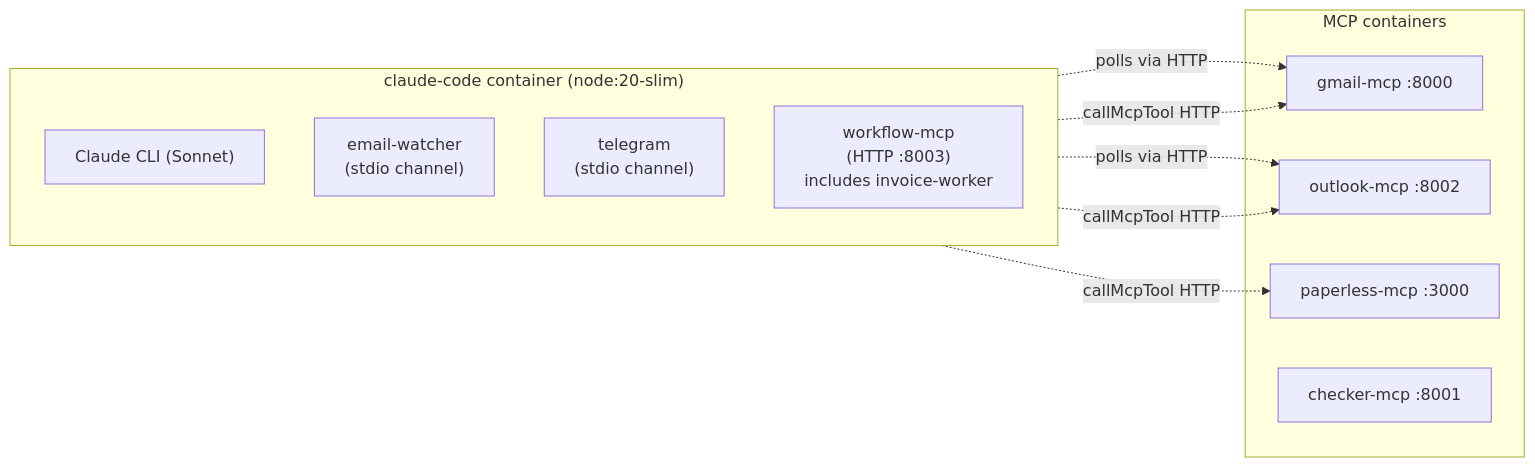
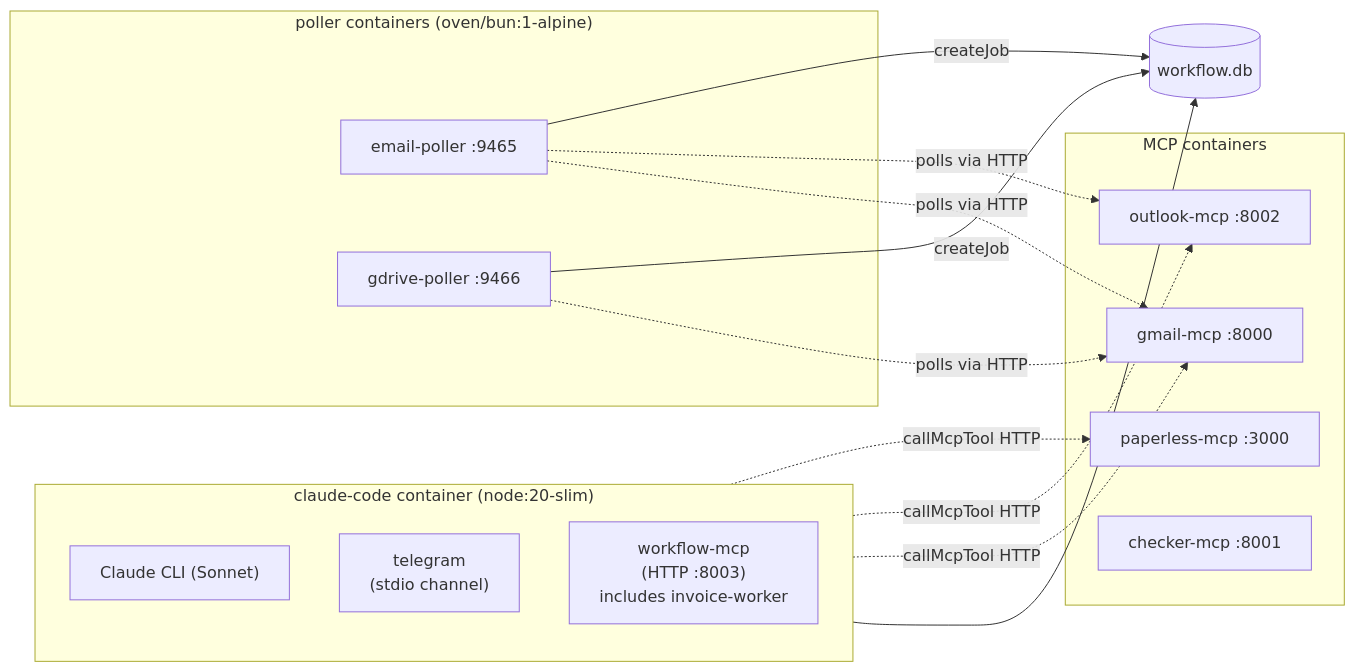
Before and after one commit to mcsdodo/personal-assistant: the first of 7 diagrams in docs/uc1-invoice-processing.md, drawn with Mermaid. The commit also changed other lines of this file and 6 other files, not shown here.

````diff
--- a/docs/uc1-invoice-processing.md
+++ b/docs/uc1-invoice-processing.md
@@ -9,23 +9,33 @@
 ```mermaid
 flowchart LR
     subgraph cc["claude-code container (node:20-slim)"]
         direction TB
         claude["Claude CLI (Sonnet)"]
-        ew["email-watcher<br/>(stdio channel)"]
         tg["telegram<br/>(stdio channel)"]
         wf["workflow-mcp<br/>(HTTP :8003)<br/>includes invoice-worker"]
+    end
+
+    subgraph pollers["poller containers (oven/bun:1-alpine)"]
+        ep["email-poller :9465"]
+        gp["gdrive-poller :9466"]
     end
 
     subgraph mcp["MCP containers"]
         gmail["gmail-mcp :8000"]
         outlook["outlook-mcp :8002"]
         paperless["paperless-mcp :3000"]
         checker["checker-mcp :8001"]
     end
 
-    ew -.->|polls via HTTP| gmail
-    ew -.->|polls via HTTP| outlook
+    db[(workflow.db)]
+
+    ep -.->|polls via HTTP| gmail
+    ep -.->|polls via HTTP| outlook
+    ep -->|createJob| db
+    gp -.->|polls via HTTP| gmail
+    gp -->|createJob| db
+    wf --> db
     wf -.->|callMcpTool HTTP| gmail
     wf -.->|callMcpTool HTTP| outlook
     wf -.->|callMcpTool HTTP| paperless
 ```
````
